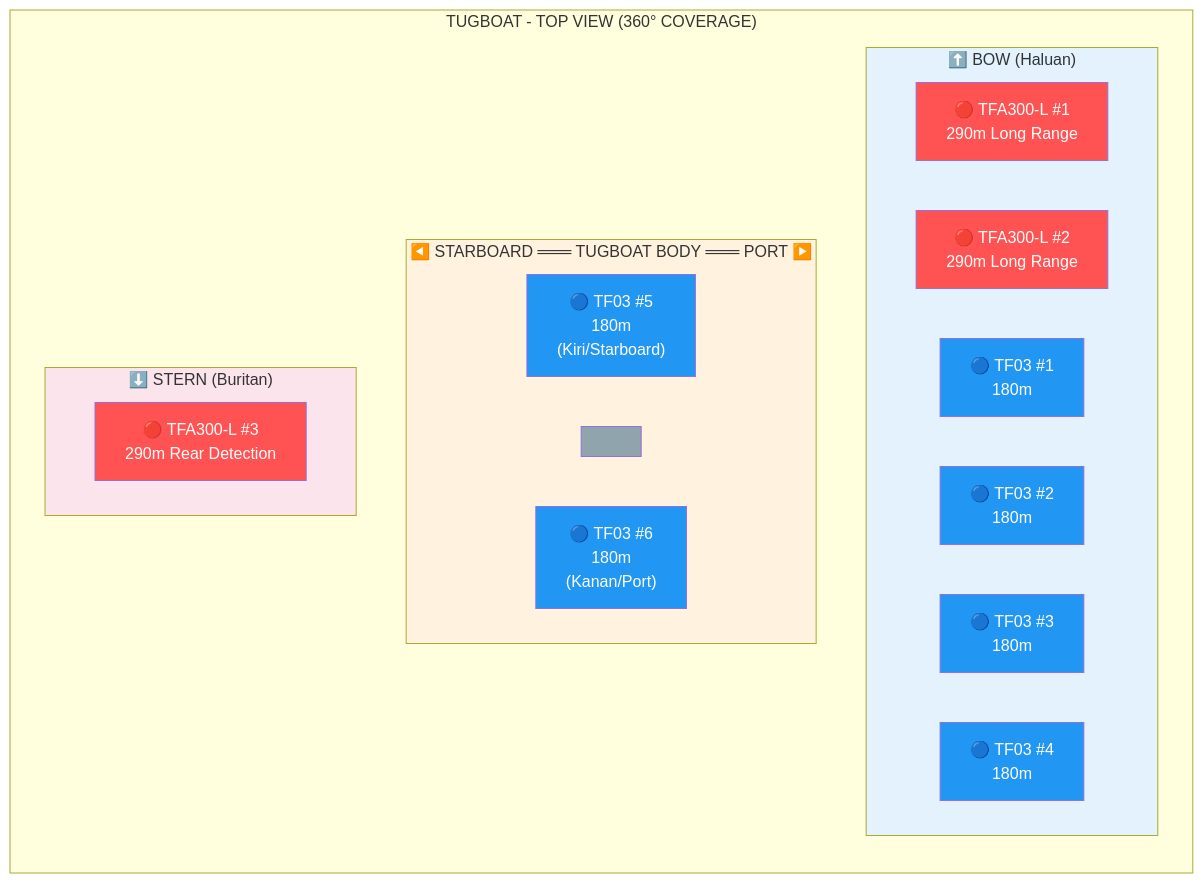
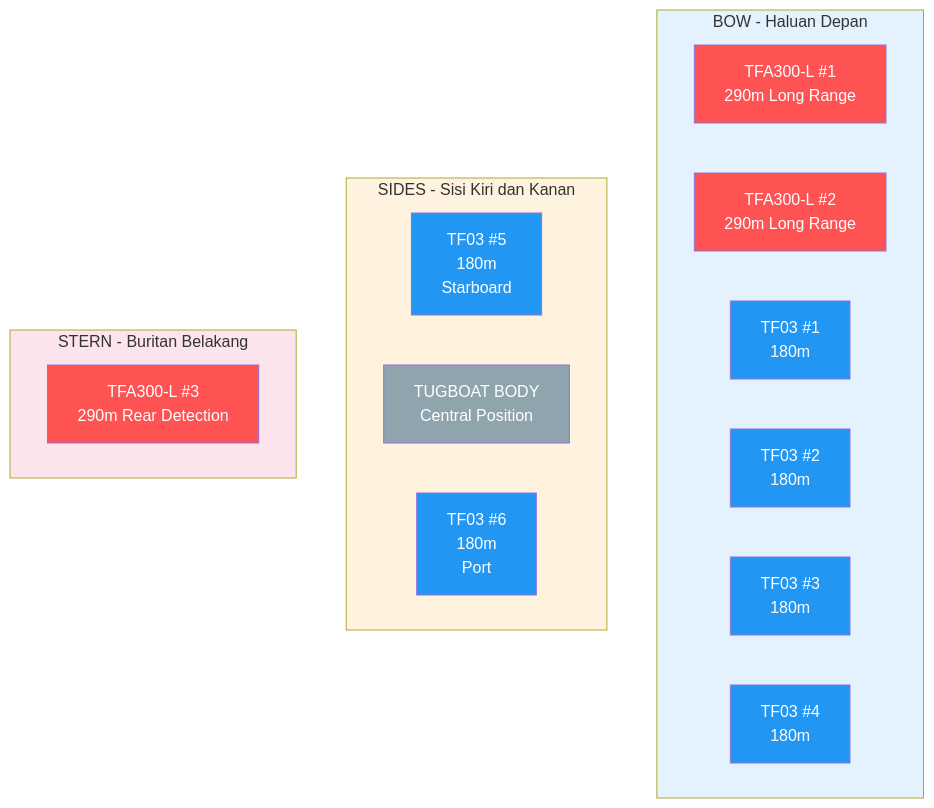
The second of 5 diagrams in 01_PROPOSAL_UTAMA_BESTARI_SAINTEK.md (antonprafanto/buros2025), drawn with Mermaid before and after one commit. The commit also changed other lines of this file, not shown here.

First line of the commit message:
Fix Mermaid diagram syntax errors

````diff
--- a/01_PROPOSAL_UTAMA_BESTARI_SAINTEK.md
+++ b/01_PROPOSAL_UTAMA_BESTARI_SAINTEK.md
@@ -209,39 +227,47 @@
 ```mermaid
-graph TD
-    subgraph TUGBOAT["TUGBOAT - TOP VIEW (360° COVERAGE)"]
-        direction TB
+graph TB
+    subgraph BOW["BOW - Haluan Depan"]
+        TFA1["TFA300-L #1
+        290m Long Range"]
+        TFA2["TFA300-L #2
+        290m Long Range"]
+        TF03_F1["TF03 #1
+        180m"]
+        TF03_F2["TF03 #2
+        180m"]
+        TF03_F3["TF03 #3
+        180m"]
+        TF03_F4["TF03 #4
+        180m"]
+    end
 
-        subgraph BOW["⬆️ BOW (Haluan)"]
-            TFA1["🔴 TFA300-L #1<br/>290m Long Range"]
-            TFA2["🔴 TFA300-L #2<br/>290m Long Range"]
-            TF03_F1["🔵 TF03 #1<br/>180m"]
-            TF03_F2["🔵 TF03 #2<br/>180m"]
-            TF03_F3["🔵 TF03 #3<br/>180m"]
-            TF03_F4["🔵 TF03 #4<br/>180m"]
-        end
+    subgraph SIDES["SIDES - Sisi Kiri dan Kanan"]
+        TF03_L["TF03 #5
+        180m
+        Starboard"]
+        BODY["TUGBOAT BODY
+        Central Position"]
+        TF03_R["TF03 #6
+        180m
+        Port"]
+    end
 
-        subgraph SIDES["◀️ STARBOARD ═══ TUGBOAT BODY ═══ PORT ▶️"]
-            TF03_L["🔵 TF03 #5<br/>180m<br/>(Kiri/Starboard)"]
-            BODY[" "]
-            TF03_R["🔵 TF03 #6<br/>180m<br/>(Kanan/Port)"]
-        end
-
-        subgraph STERN["⬇️ STERN (Buritan)"]
-            TFA3["🔴 TFA300-L #3<br/>290m Rear Detection"]
-        end
+    subgraph STERN["STERN - Buritan Belakang"]
+        TFA3["TFA300-L #3
+        290m Rear Detection"]
     end
 
     style BOW fill:#e3f2fd
     style SIDES fill:#fff3e0
     style STERN fill:#fce4ec
     style TFA1 fill:#ff5252,color:#fff
     style TFA2 fill:#ff5252,color:#fff
     style TFA3 fill:#ff5252,color:#fff
     style TF03_F1 fill:#2196f3,color:#fff
     style TF03_F2 fill:#2196f3,color:#fff
     style TF03_F3 fill:#2196f3,color:#fff
     style TF03_F4 fill:#2196f3,color:#fff
     style TF03_L fill:#2196f3,color:#fff
     style TF03_R fill:#2196f3,color:#fff
     style BODY fill:#90a4ae,color:#fff
 ```
````
